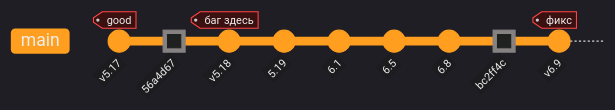
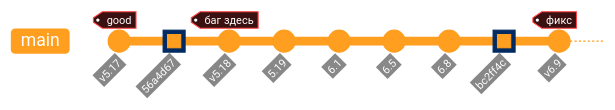
One commit to polarnik/postgresql-system-issue-story changed the diagram in docs/diagrams/git-timeline.mmd. Above: the diagram before and after it, drawn with Mermaid. The commit also changed 32 other files, not shown here.

Commit message:
initial state of diagrams

```diff
--- a/docs/diagrams/git-timeline.mmd
+++ b/docs/diagrams/git-timeline.mmd
@@ -1,21 +1,29 @@
-%%{init: { 'theme': 'dark', 'themeVariables': {
+%%{init: { 'theme': 'base', 'themeVariables': {
+    'darkMode': true,
+    'background': '#000000',
+    'fontFamily': 'Roboto, sans-serif',
+    'primaryColor': '#ff9e1f',
+    'primaryTextColor': '#fff',
+    'lineColor': '#ff9e1f',
+    'textColor': '#fff',
+    'mainBkg': '#111111',
     'git0': '#ff9e1f',
     'git1': '#ff4444',
-    'gitBranchLabel0': '#eee',
-    'commitLabelColor': '#eee',
-    'commitLabelBackground': '#1a1a1a',
-    'tagLabelColor': '#eee',
+    'gitBranchLabel0': '#fff',
+    'commitLabelColor': '#fff',
+    'commitLabelBackground': '#111111',
+    'tagLabelColor': '#fff',
     'tagLabelBackground': '#3a1010',
     'tagLabelBorder': '#ff4444'
 }}}%%
 
 gitGraph LR:
     commit id: "v5.17" tag: "good"
     commit id: "56a4d67" type: HIGHLIGHT
     commit id: "v5.18" tag: "баг здесь"
     commit id: "5.19"
     commit id: "6.1"
     commit id: "6.5"
     commit id: "6.8"
     commit id: "bc2ff4c" type: HIGHLIGHT
     commit id: "v6.9" tag: "фикс"
```
